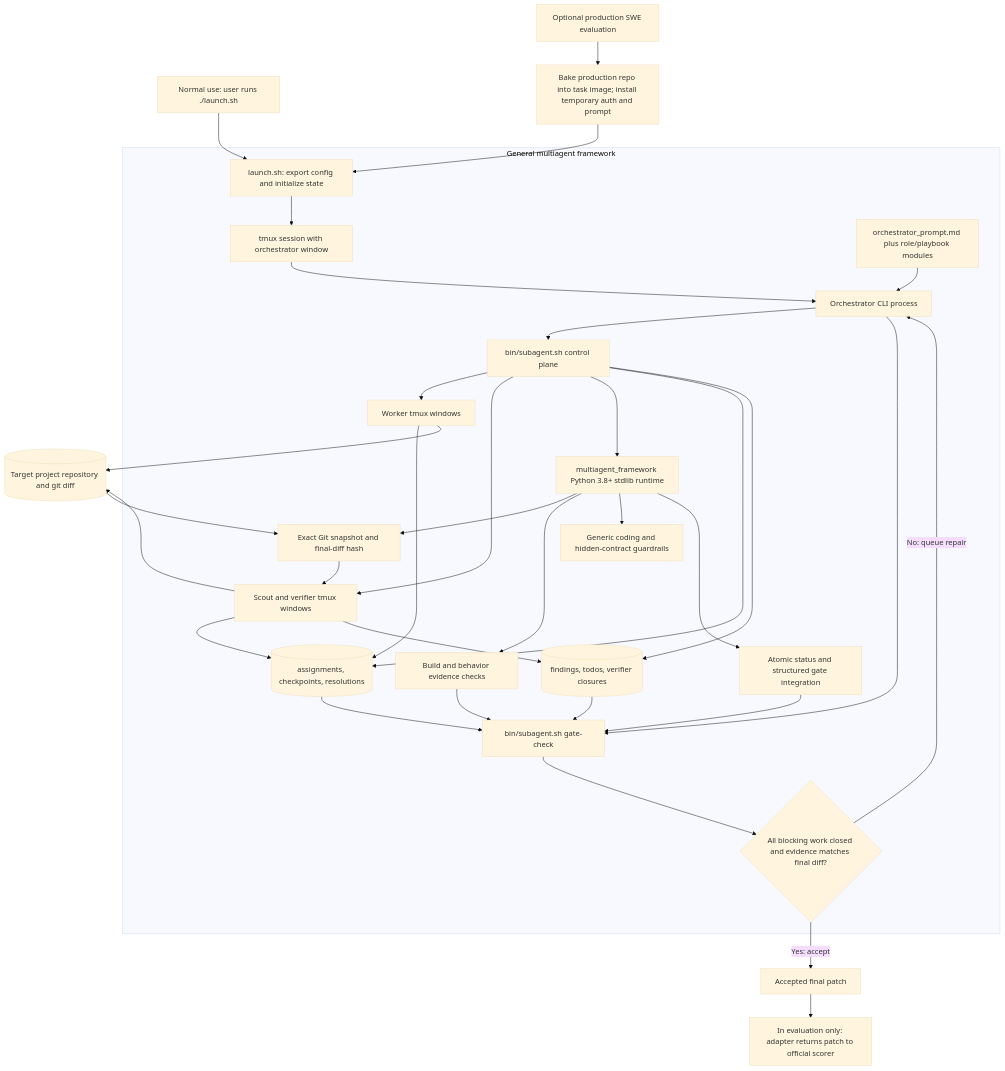
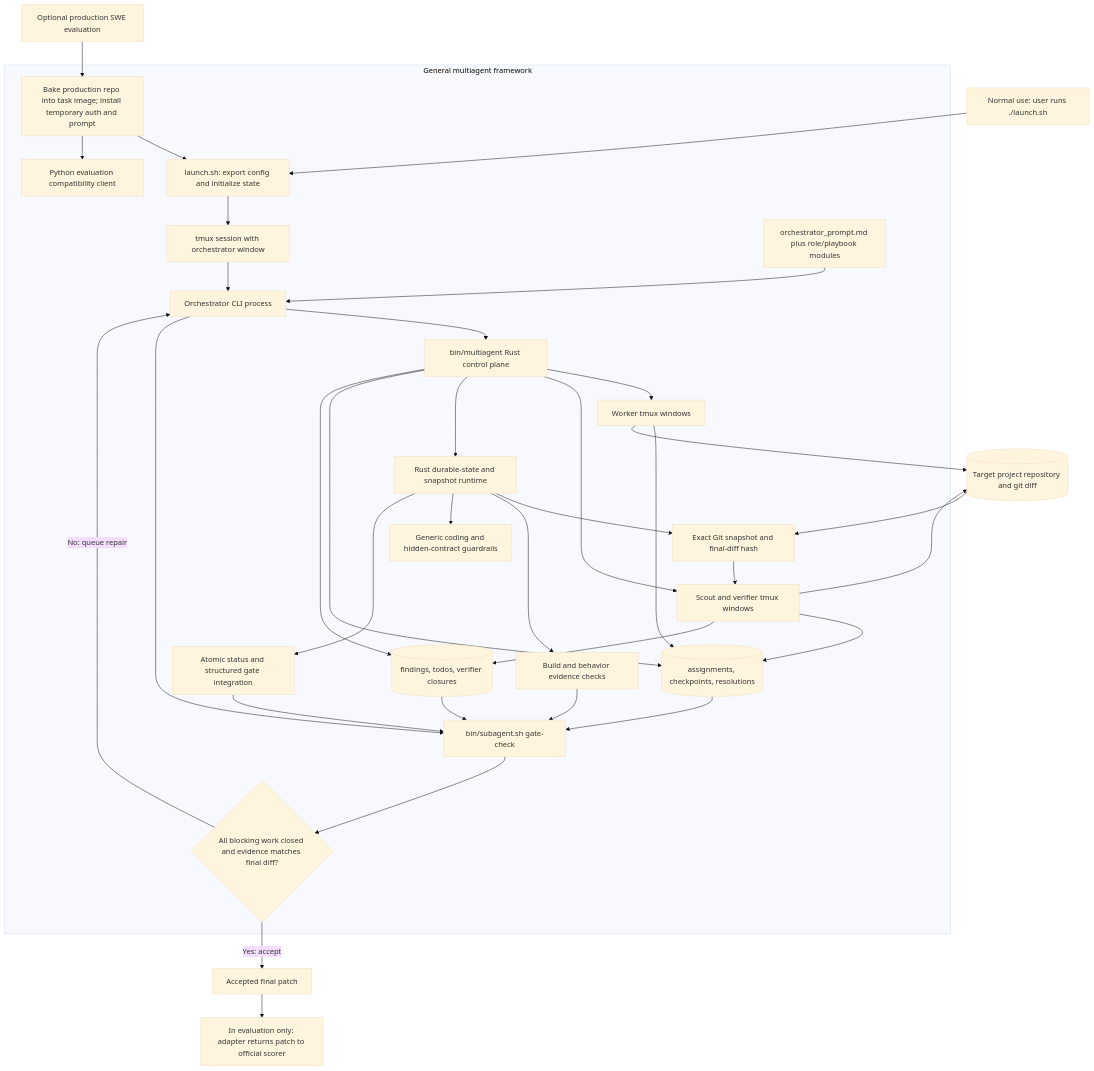
Before and after one commit to areshand/multiagent: the diagram in docs/getting-started.md, drawn with Mermaid (base theme). The commit also changed other lines of this file and 29 other files, not shown here.

Commit message:
Migrate control plane to Rust

````diff
--- a/docs/getting-started.md
+++ b/docs/getting-started.md
@@ -93,42 +94,43 @@
 ```mermaid
 flowchart TD
     User["Normal use: user runs ./launch.sh"] --> Launch
     Eval["Optional production SWE evaluation"] --> Adapter["Bake production repo into task image; install temporary auth and prompt"]
     Adapter --> Launch
 
     subgraph Framework["General multiagent framework"]
         Launch["launch.sh: export config and initialize state"] --> Tmux["tmux session with orchestrator window"]
         Prompts["orchestrator_prompt.md plus role/playbook modules"] --> Orchestrator["Orchestrator CLI process"]
         Tmux --> Orchestrator
-        Orchestrator --> Helper["bin/subagent.sh control plane"]
+        Orchestrator --> Helper["bin/multiagent Rust control plane"]
 
         Helper --> Worker["Worker tmux windows"]
         Helper --> Verifier["Scout and verifier tmux windows"]
-        Helper --> Runtime["multiagent_framework Python 3.8+ stdlib runtime"]
+        Helper --> Runtime["Rust durable-state and snapshot runtime"]
         Runtime --> Snapshot["Exact Git snapshot and final-diff hash"]
         Runtime --> Evidence["Build and behavior evidence checks"]
         Runtime --> Guardrails["Generic coding and hidden-contract guardrails"]
         Runtime --> Status["Atomic status and structured gate integration"]
+        Adapter --> Python["Python evaluation compatibility client"]
 
         Worker --> Durable[("assignments, checkpoints, resolutions")]
         Verifier --> Durable
         Verifier --> Findings[("findings, todos, verifier closures")]
         Helper --> Durable
         Helper --> Findings
         Snapshot --> Verifier
 
         Orchestrator --> Gate["bin/subagent.sh gate-check"]
         Durable --> Gate
         Findings --> Gate
         Evidence --> Gate
         Status --> Gate
         Gate --> Decision{"All blocking work closed and evidence matches final diff?"}
         Decision -- "No: queue repair" --> Orchestrator
     end
 
     Worker --> Repo[("Target project repository and git diff")]
     Verifier --> Repo
     Repo --> Snapshot
     Decision -- "Yes: accept" --> Result["Accepted final patch"]
     Result --> AdapterResult["In evaluation only: adapter returns patch to official scorer"]
 ```
````
